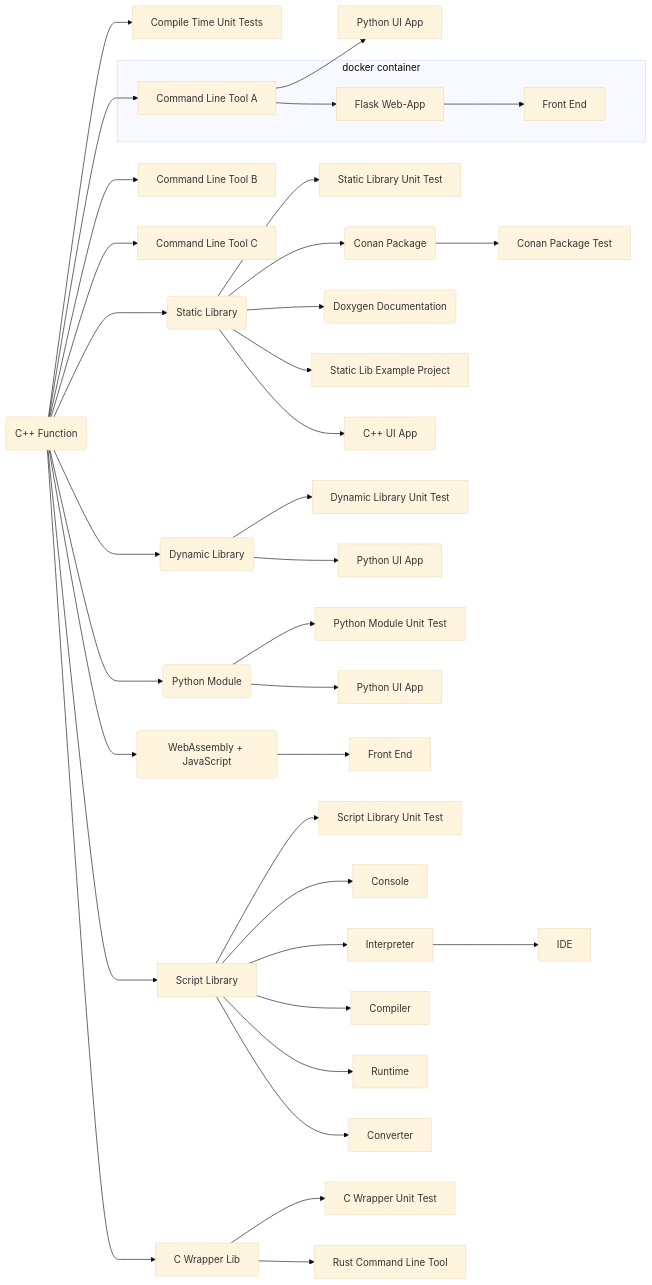
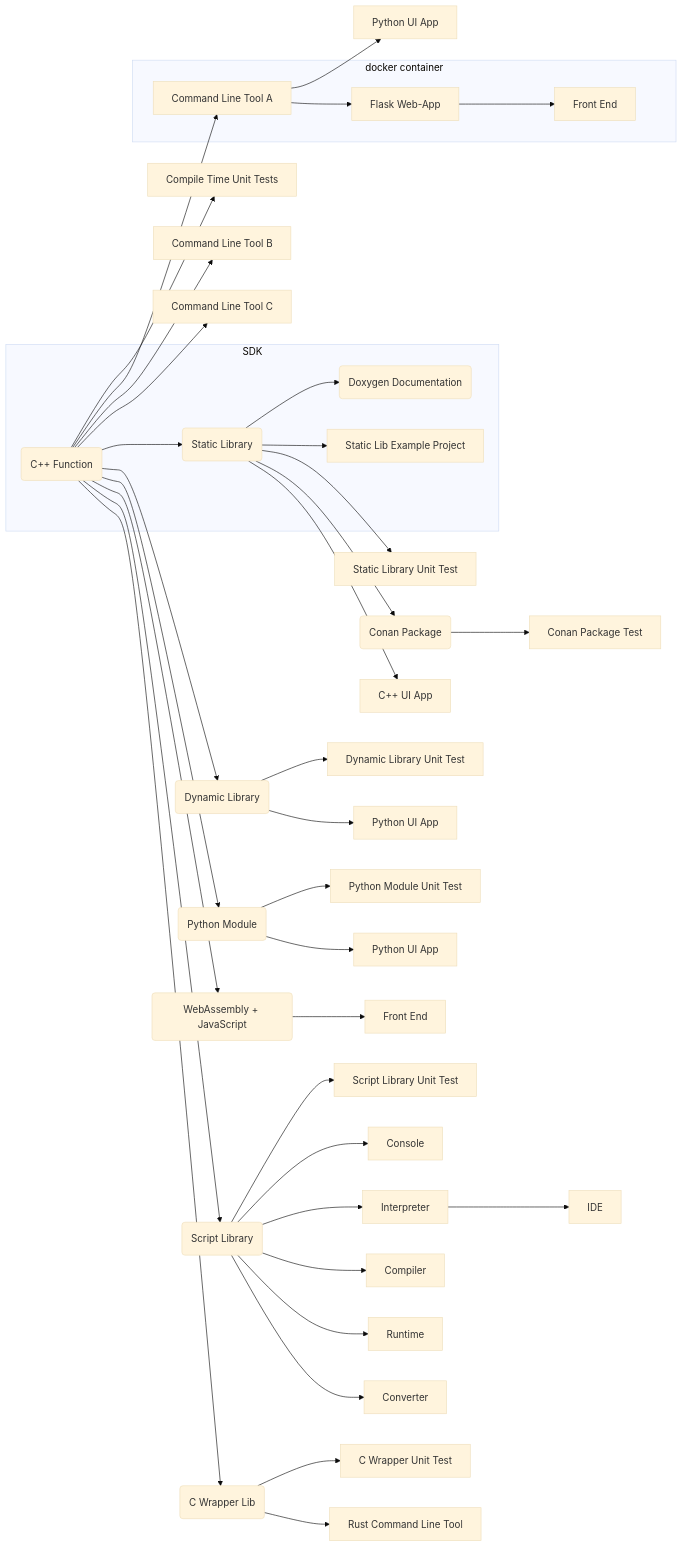
One commit to SebastianBach/full-stack changed the diagram in README.md. Above: the diagram before and after it, drawn with Mermaid (base theme).

````diff
--- a/README.md
+++ b/README.md
@@ -44,54 +44,55 @@
 ```mermaid
   flowchart LR;
 
     F(C++ Function) --> CUT[Compile Time Unit Tests];
 
     F --> CLI1[Command Line Tool A]
     F --> CLI2[Command Line Tool B]
     F --> CLI3[Command Line Tool C]
 
     CLI1 --> PYAPP2[Python UI App]
-
+    subgraph SDK
     F --> LIB(Static Library)
+    LIB --> DOXYGEN(Doxygen Documentation)
+    LIB --> LIBEX[Static Lib Example Project]
+    end
 
     LIB --> LIBTEST[Static Library Unit Test]
     LIB --> C(Conan Package)
-    LIB --> DOXYGEN(Doxygen Documentation)
-    LIB --> LIBEX[Static Lib Example Project]
 
     LIB --> QTCPP[C++ UI App]
 
     F --> DLL(Dynamic Library)
     DLL --> DLLTEST[Dynamic Library Unit Test]
     DLL --> QTPYDLL[Python UI App]
 
     C --> CT[Conan Package Test]
 
     F --> PY(Python Module)
 
     subgraph docker container
     CLI1 --> SERVER[Flask Web-App]
     SERVER --> FRONT[Front End]
     end
 
     PY --> PYTEST[Python Module Unit Test]
     PY --> PYAPP[Python UI App]
 
     F --> WASM(WebAssembly + JavaScript)
 
     WASM --> WASMF[Front End]
 
-    F --> SCRIPTLIB[Script Library]
+    F --> SCRIPTLIB(Script Library)
 
     SCRIPTLIB --> SCRIPT_TEST[Script Library Unit Test]
     SCRIPTLIB --> SCRIPT_CONSOLE[Console]
     SCRIPTLIB --> SCRIPT_INTERPRETER[Interpreter]
     SCRIPT_INTERPRETER --> SCRIPT_IDE[IDE]
     SCRIPTLIB --> SCRIPT_COMPILER[Compiler]
     SCRIPTLIB --> SCRIPT_RUNTIME[Runtime]
     SCRIPTLIB --> SCRIPT_CONVERT[Converter]
 
-    F --> CWRAPPER[C Wrapper Lib]
+    F --> CWRAPPER(C Wrapper Lib)
     CWRAPPER --> CWRAPPER_TEST[C Wrapper Unit Test]
     CWRAPPER --> RUST_APP[Rust Command Line Tool]  
 ```
````
